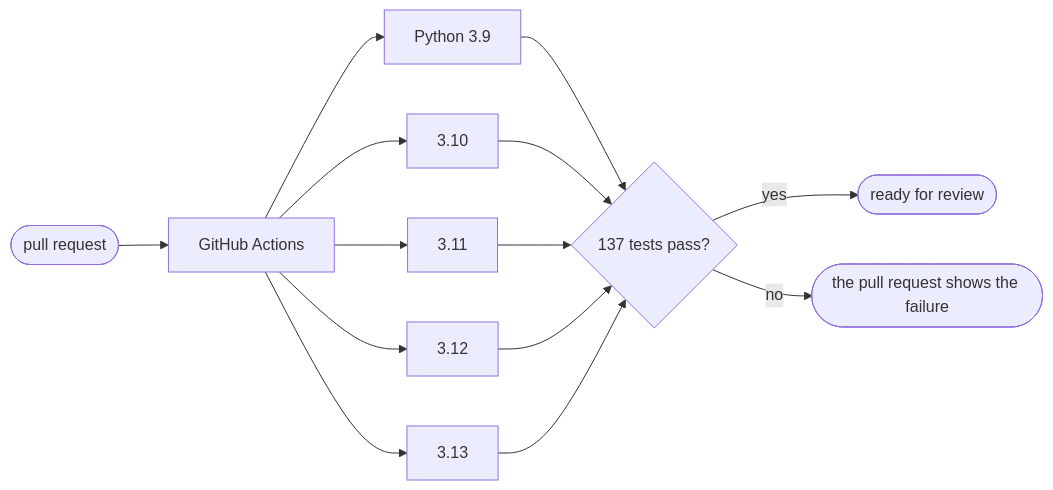
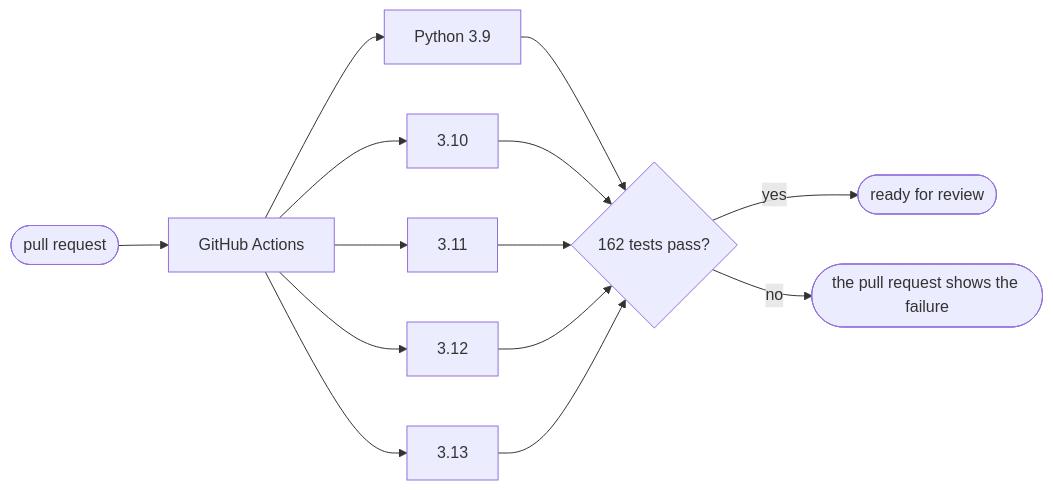
The first of 2 diagrams in higgsfield-director/tests/README.md (rniedson/higgsfield-director-pro-skill), drawn with Mermaid before and after one commit. The commit also changed other lines of this file and 15 other files, not shown here.

````diff
--- a/higgsfield-director/tests/README.md
+++ b/higgsfield-director/tests/README.md
@@ -10,8 +10,8 @@
 ```mermaid
 flowchart LR
     PR([pull request]) --> CI[GitHub Actions]
     CI --> P39[Python 3.9] & P310[3.10] & P311[3.11] & P312[3.12] & P313[3.13]
-    P39 & P310 & P311 & P312 & P313 --> OK{137 tests pass?}
+    P39 & P310 & P311 & P312 & P313 --> OK{162 tests pass?}
     OK -- yes --> M([ready for review])
     OK -- no --> F([the pull request shows the failure])
 ```
````
